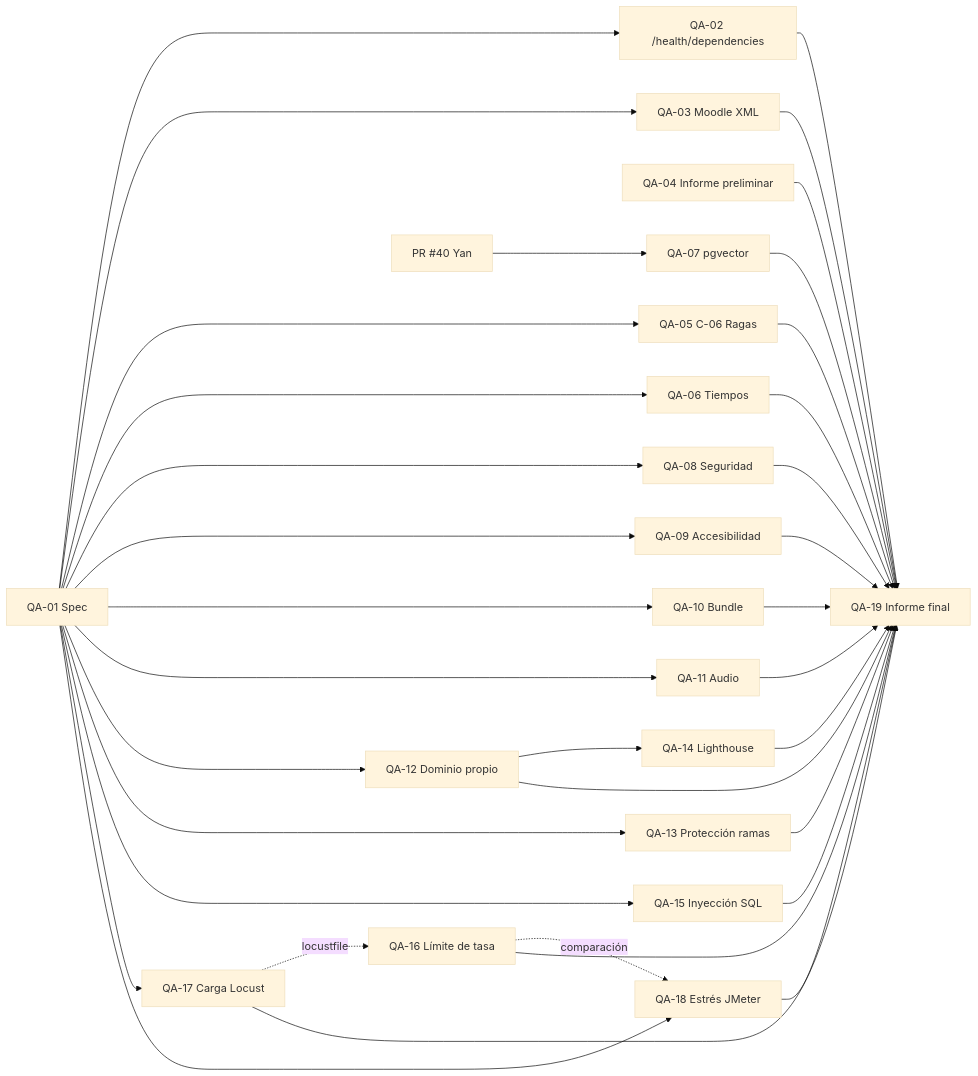
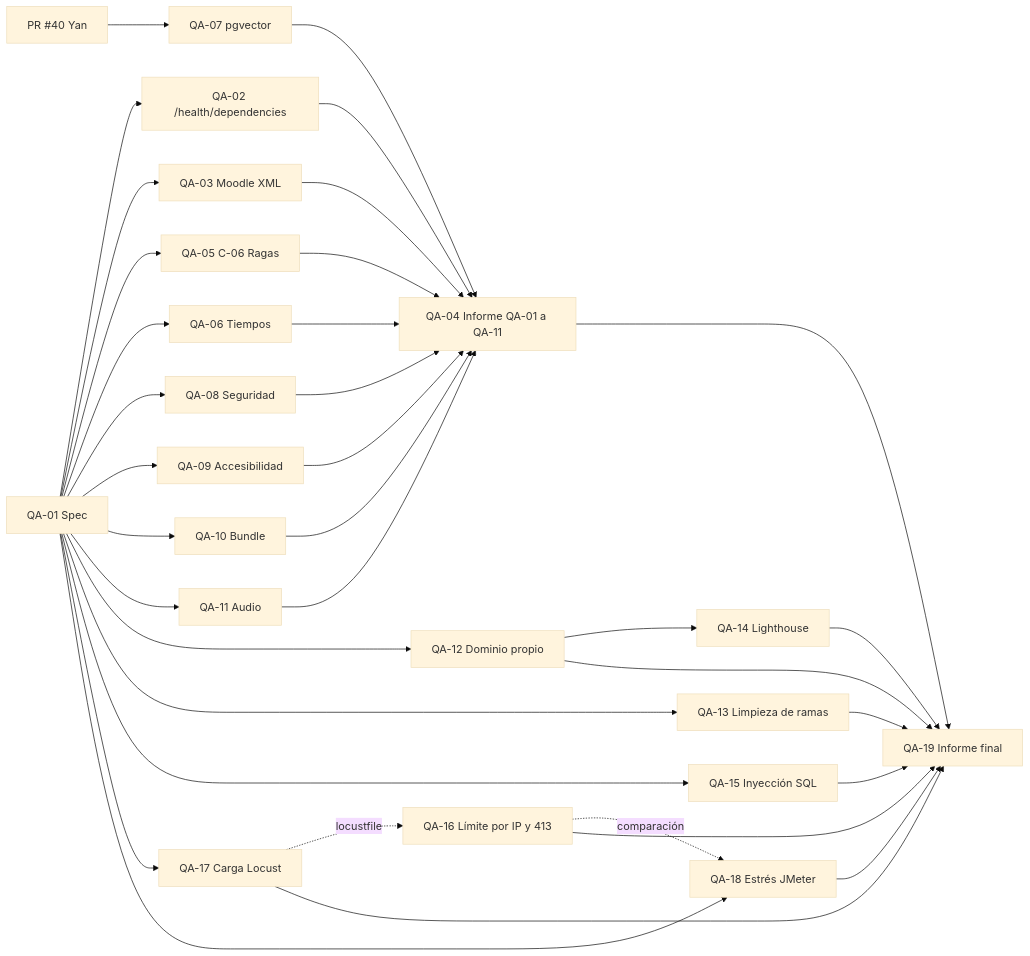
Before and after one commit to SilvanaD12/Plataforma_Docente_backend: the diagram in specs/005-atributos-calidad/plan.md, drawn with Mermaid (base theme). The commit also changed other lines of this file and 2 other files, not shown here.

````diff
--- a/specs/005-atributos-calidad/plan.md
+++ b/specs/005-atributos-calidad/plan.md
@@ -314,58 +327,58 @@
 ```mermaid
 flowchart LR
     QA01["QA-01 Spec"]
     QA02["QA-02 /health/dependencies"]
     QA03["QA-03 Moodle XML"]
-    QA04["QA-04 Informe preliminar"]
+    QA04["QA-04 Informe QA-01 a QA-11"]
     QA05["QA-05 C-06 Ragas"]
     QA06["QA-06 Tiempos"]
     QA07["QA-07 pgvector"]
     QA08["QA-08 Seguridad"]
     QA09["QA-09 Accesibilidad"]
     QA10["QA-10 Bundle"]
     QA11["QA-11 Audio"]
     QA12["QA-12 Dominio propio"]
-    QA13["QA-13 Protección ramas"]
+    QA13["QA-13 Limpieza de ramas"]
     QA14["QA-14 Lighthouse"]
     QA15["QA-15 Inyección SQL"]
-    QA16["QA-16 Límite de tasa"]
+    QA16["QA-16 Límite por IP y 413"]
     QA17["QA-17 Carga Locust"]
     QA18["QA-18 Estrés JMeter"]
     QA19["QA-19 Informe final"]
     PR40["PR #40 Yan"]
 
     QA01 --> QA02
     QA01 --> QA03
     QA01 --> QA05
     QA01 --> QA06
     PR40 --> QA07
     QA01 --> QA08
     QA01 --> QA09
     QA01 --> QA10
     QA01 --> QA11
     QA01 --> QA12
     QA01 --> QA13
     QA12 --> QA14
     QA01 --> QA15
     QA17 -. "locustfile" .-> QA16
     QA01 --> QA17
     QA01 --> QA18
     QA16 -. "comparación" .-> QA18
-    QA02 --> QA19
-    QA03 --> QA19
+    QA02 --> QA04
+    QA03 --> QA04
+    QA05 --> QA04
+    QA06 --> QA04
+    QA07 --> QA04
+    QA08 --> QA04
+    QA09 --> QA04
+    QA10 --> QA04
+    QA11 --> QA04
     QA04 --> QA19
-    QA05 --> QA19
-    QA06 --> QA19
-    QA07 --> QA19
-    QA08 --> QA19
-    QA09 --> QA19
-    QA10 --> QA19
-    QA11 --> QA19
     QA12 --> QA19
     QA13 --> QA19
     QA14 --> QA19
     QA15 --> QA19
     QA16 --> QA19
     QA17 --> QA19
     QA18 --> QA19
 ```
````
